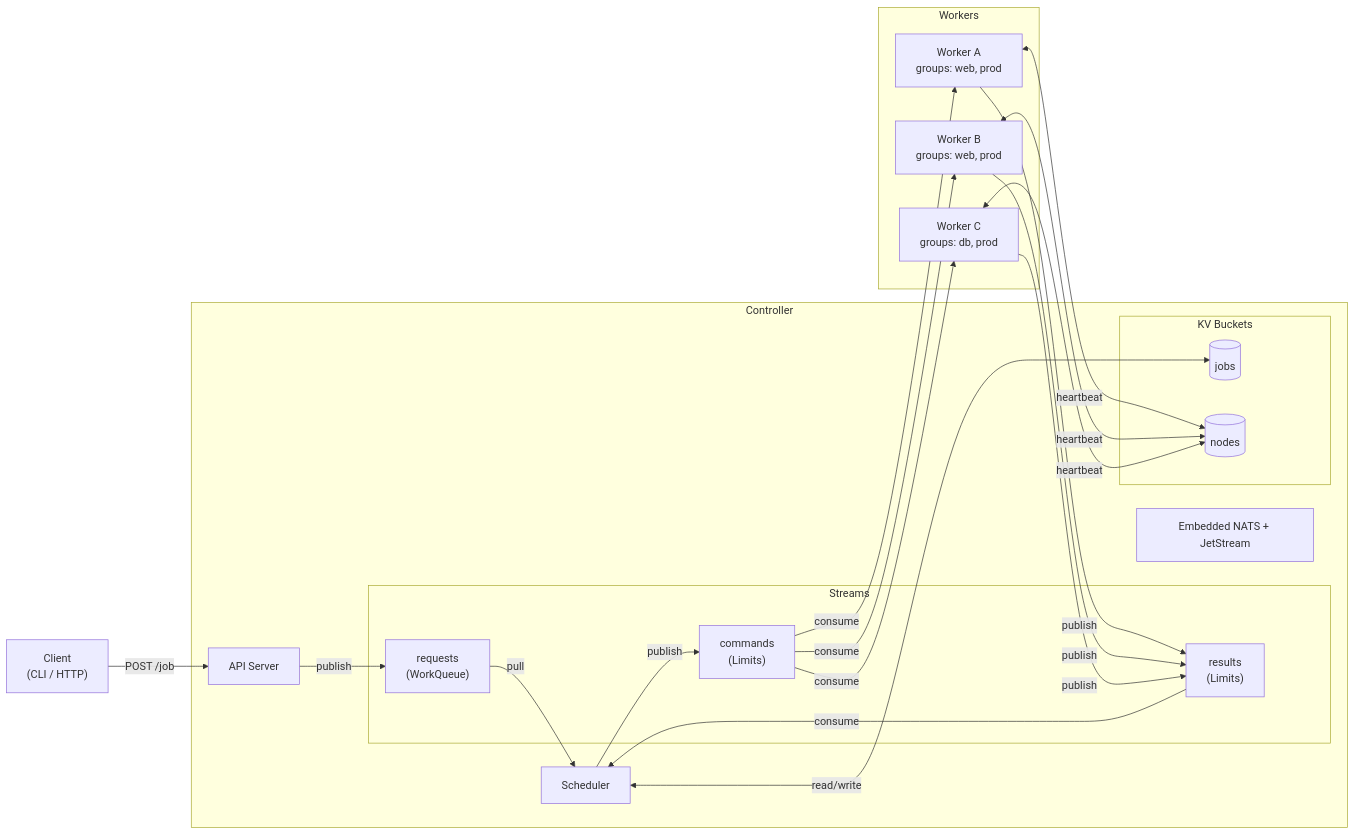
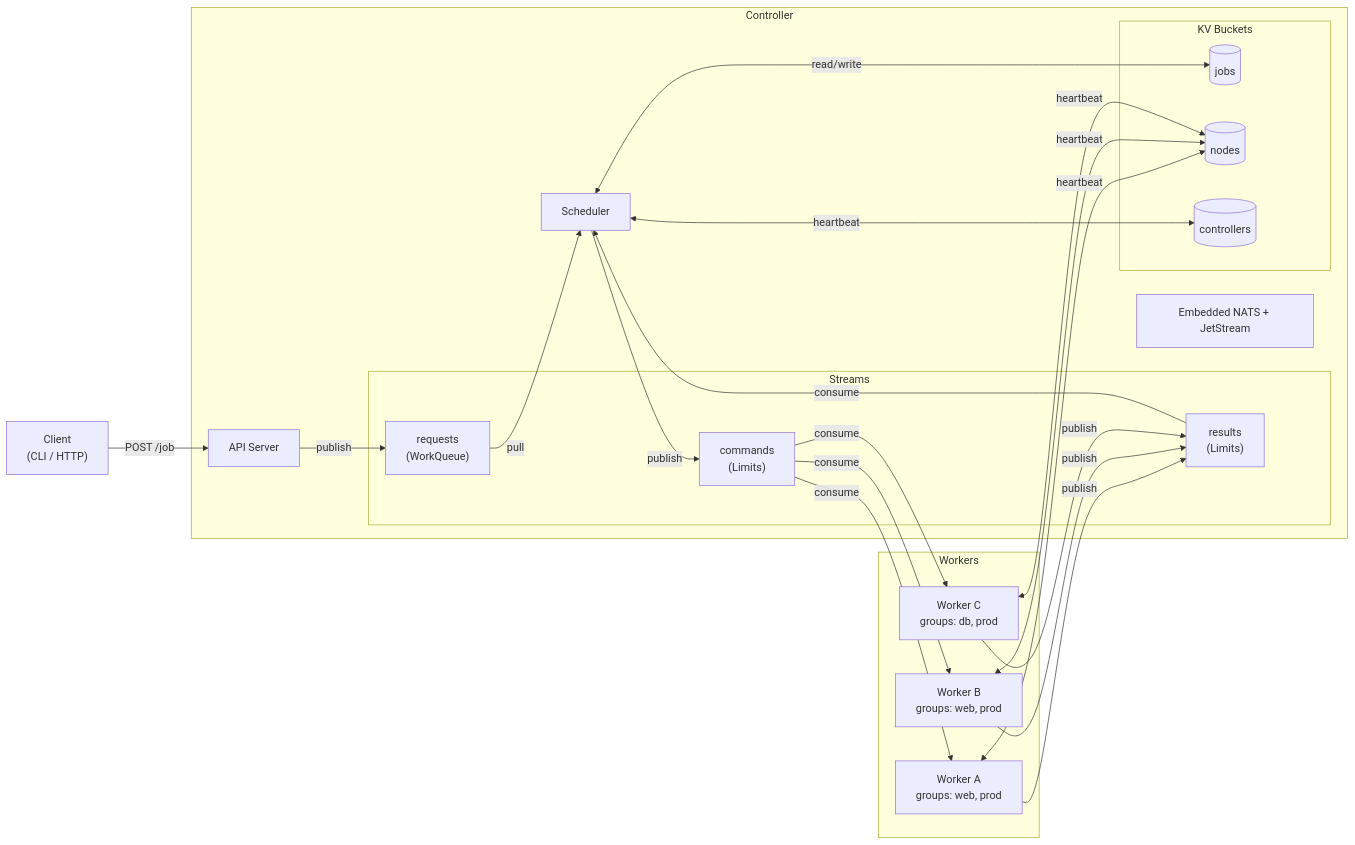
Before and after one commit to grid-org/grid: the first of 7 diagrams in docs/DESIGN.md, drawn with Mermaid. The commit also changed other lines of this file and 12 other files, not shown here.

````diff
--- a/docs/DESIGN.md
+++ b/docs/DESIGN.md
@@ -28,37 +29,39 @@
 ```mermaid
 flowchart LR
-    Client["Client\n(CLI / HTTP)"]
+    Client["Client<br/>(CLI / HTTP)"]
 
     subgraph Controller
         API["API Server"]
         Sched["Scheduler"]
         NATS["Embedded NATS + JetStream"]
 
         subgraph Streams
-            requests["requests\n(WorkQueue)"]
-            commands["commands\n(Limits)"]
-            results["results\n(Limits)"]
+            requests["requests<br/>(WorkQueue)"]
+            commands["commands<br/>(Limits)"]
+            results["results<br/>(Limits)"]
         end
 
         subgraph KV["KV Buckets"]
             jobs[("jobs")]
             nodes[("nodes")]
+            controllers[("controllers")]
         end
     end
 
     subgraph Workers
-        A["Worker A\ngroups: web, prod"]
-        B["Worker B\ngroups: web, prod"]
-        C["Worker C\ngroups: db, prod"]
+        A["Worker A<br/>groups: web, prod"]
+        B["Worker B<br/>groups: web, prod"]
+        C["Worker C<br/>groups: db, prod"]
     end
 
     Client -- "POST /job" --> API
     API -- "publish" --> requests
     requests -- "pull" --> Sched
     Sched -- "publish" --> commands
     Sched <-- "read/write" --> jobs
+    Sched <-- "heartbeat" --> controllers
     commands -- "consume" --> A & B & C
     A & B & C -- "publish" --> results
     results -- "consume" --> Sched
     A & B & C <-- "heartbeat" --> nodes
 ```
````
